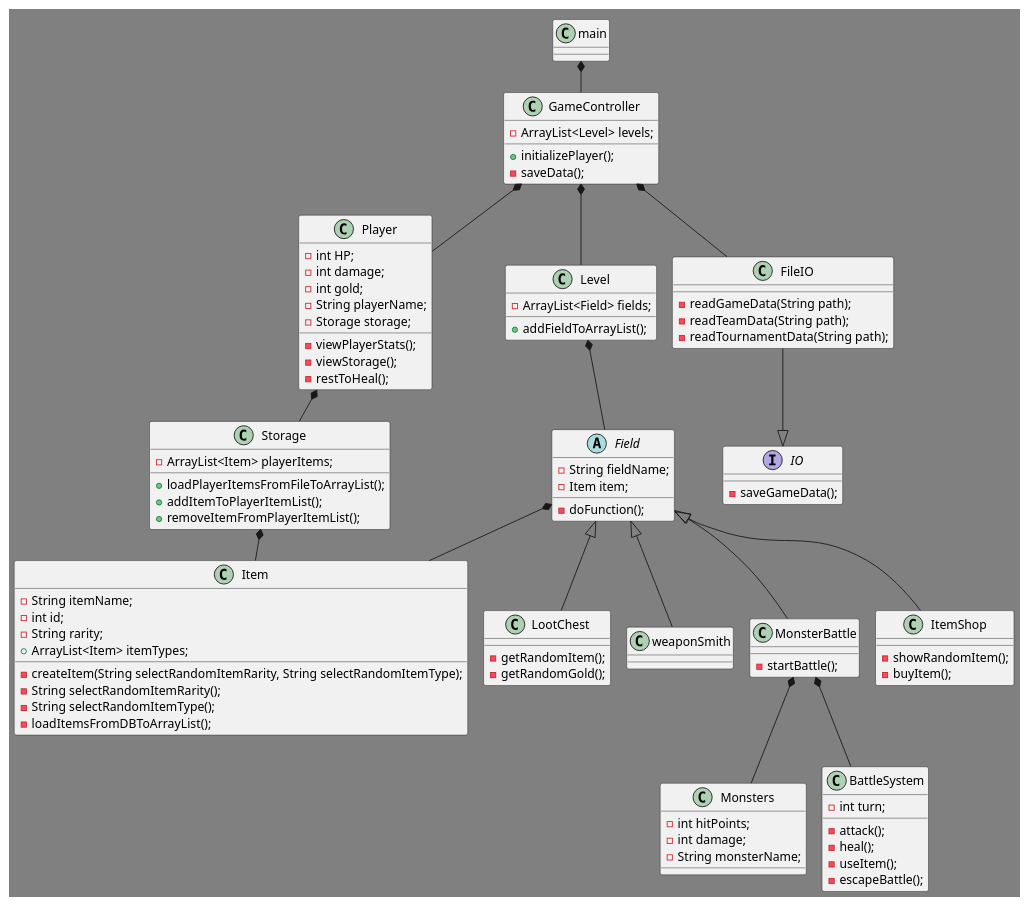
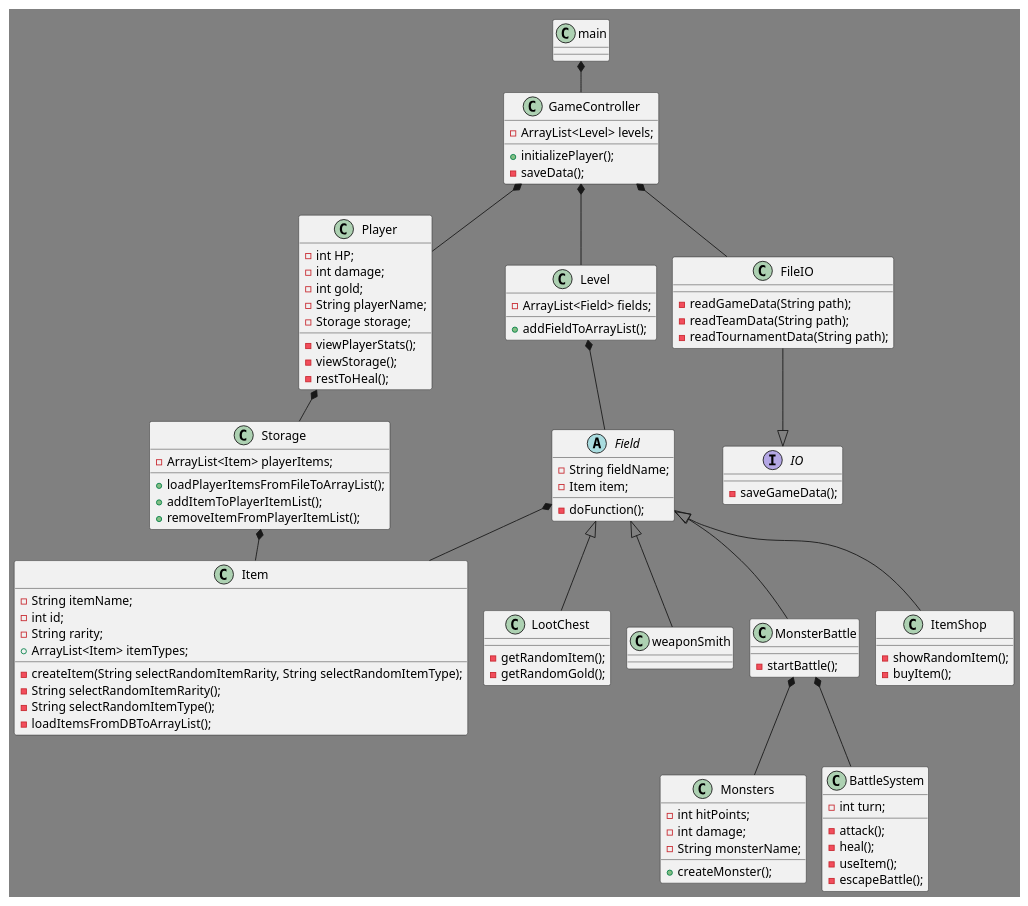
The diagram in src/resources/uml-diagrams/Class Diagram.puml (AbdullahMarwan/CPH-IceProject-DungeonCrawler), drawn with PlantUML before and after one commit. The commit also changed 3 other files, not shown here.

Commit message:
Filled monster, monsterBattle &  battleSystem with methods from Class diagram

```diff
--- a/src/resources/uml-diagrams/Class Diagram.puml
+++ b/src/resources/uml-diagrams/Class Diagram.puml
@@ -1,127 +1,129 @@
 @startuml
 'https://plantuml.com/class-diagram
 
 !pragma layout smetana
 
 
 skinparam backgroundColor gray
 
 class main {
 }
 
 class Player {
     - int HP;
     - int damage;
     - int gold;
     - String playerName;
     - Storage storage;
 
     - viewPlayerStats();
     - viewStorage();
     - restToHeal();
 }
 
 class Monsters {
     - int hitPoints;
     - int damage;
     - String monsterName;
+
+    + createMonster();
 }
 
 class BattleSystem {
     - int turn;
 
     - attack();
     - heal();
     - useItem();
     - escapeBattle();
 }
 
 class GameController{
     - ArrayList<Level> levels;
     + initializePlayer();
     - saveData();
 
 }
 
 class Storage {
     - ArrayList<Item> playerItems;
 
     + loadPlayerItemsFromFileToArrayList();
     + addItemToPlayerItemList();
     + removeItemFromPlayerItemList();
 }
 
 class Level {
     - ArrayList<Field> fields;
 
     + addFieldToArrayList();
 }
 
 class Item {
     - String itemName;
     - int id;
     - String rarity;
     + ArrayList<Item> itemTypes;
 
     - createItem(String selectRandomItemRarity, String selectRandomItemType);
     - String selectRandomItemRarity();
     - String selectRandomItemType();
     - loadItemsFromDBToArrayList();
 }
 
 class LootChest {
     - getRandomItem();
     - getRandomGold();
 }
 
 abstract class Field {
     - String fieldName;
     - Item item;
 
     - doFunction();
 }
 
 class weaponSmith{
 }
 
 class MonsterBattle {
 
     - startBattle();
 }
 
 class ItemShop {
     - showRandomItem();
     - buyItem();
 }
 
 interface IO {
     - saveGameData();
 
 }
 
 class FileIO {
     - readGameData(String path);
     - readTeamData(String path);
     - readTournamentData(String path);
 }
 
 main *-- GameController
 GameController *-- Player
 GameController *-- Level
 Player *-- Storage
 Storage *-- Item
 Level *-- Field
 Field <|-- ItemShop
 Field <|-- LootChest
 Field <|-- weaponSmith
 Field <|-- MonsterBattle
 GameController *-- FileIO
 MonsterBattle *-- Monsters
 MonsterBattle *-- BattleSystem
 
 FileIO --|> IO
 'Spørg om pilen fra IO vender rigtigt'
 
 Field *-- Item
 
 @enduml
```
